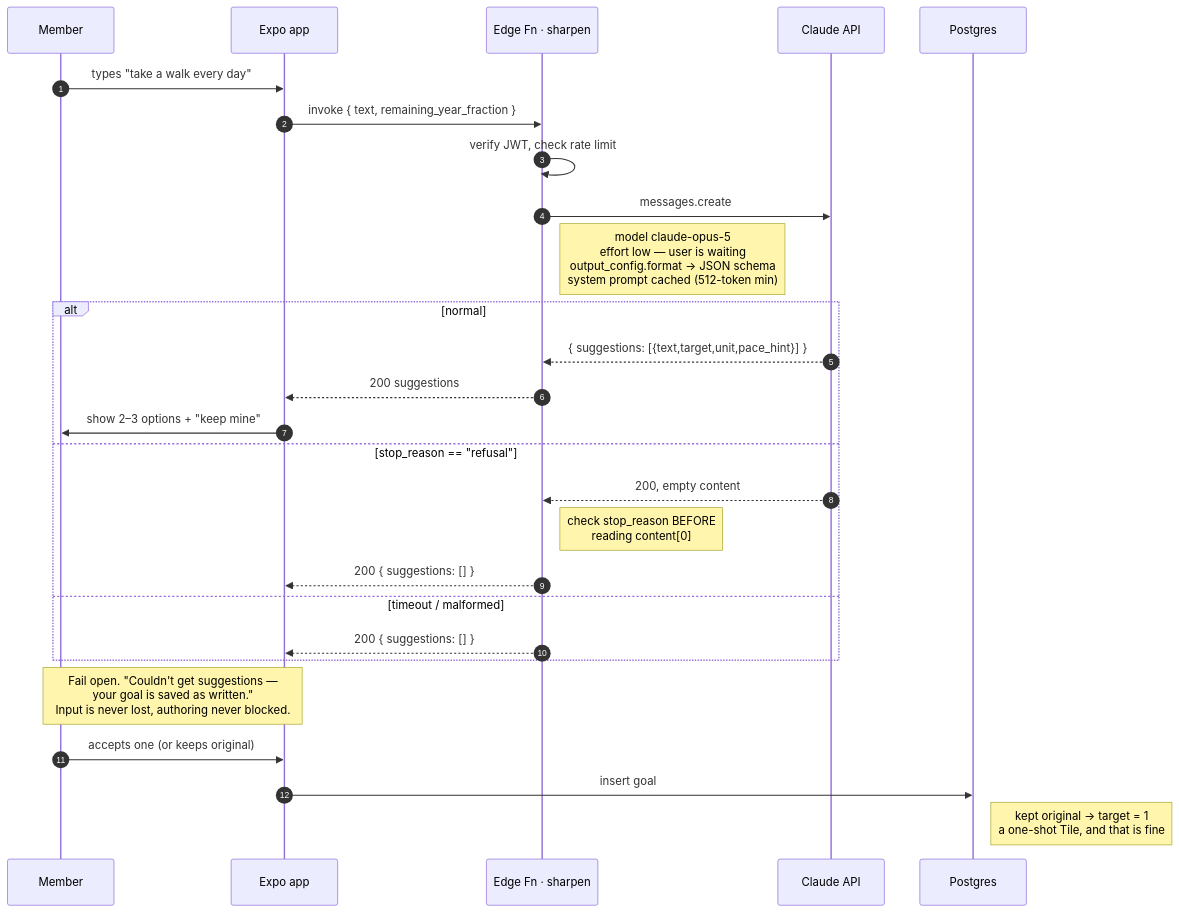
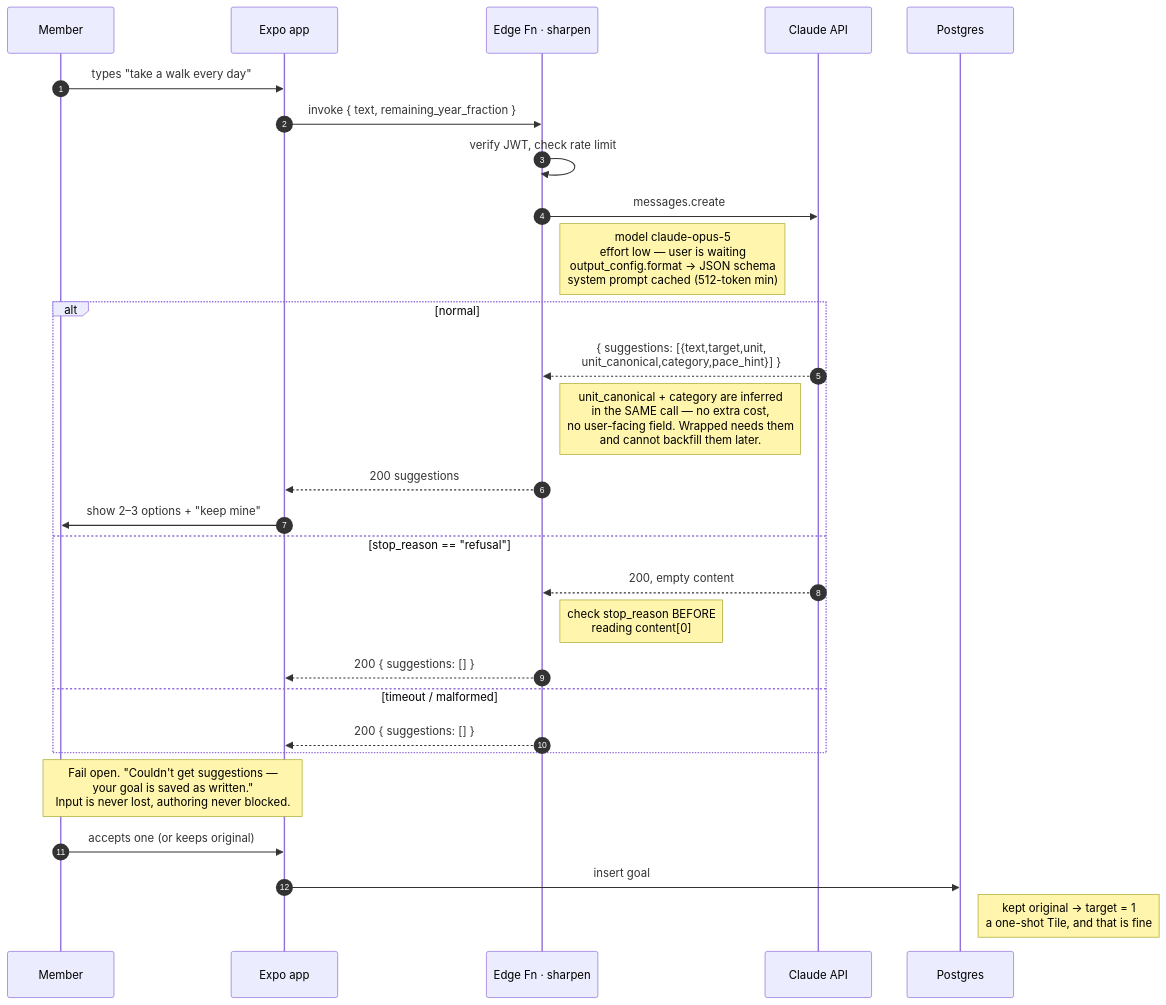
Before and after one commit to DerekHertz/family-bingo: the second of 6 diagrams in docs/api.md, drawn with Mermaid. The commit also changed other lines of this file and 5 other files, not shown here.

````diff
--- a/docs/api.md
+++ b/docs/api.md
@@ -101,34 +102,35 @@
 ```mermaid
 sequenceDiagram
     autonumber
     participant M as Member
     participant App as Expo app
     participant Fn as Edge Fn · sharpen
     participant C as Claude API
     participant DB as Postgres
 
     M->>App: types "take a walk every day"
     App->>Fn: invoke { text, remaining_year_fraction }
     Fn->>Fn: verify JWT, check rate limit
 
     Fn->>C: messages.create
     Note right of Fn: model claude-opus-5<br/>effort low — user is waiting<br/>output_config.format → JSON schema<br/>system prompt cached (512-token min)
 
     alt normal
-        C-->>Fn: { suggestions: [{text,target,unit,pace_hint}] }
+        C-->>Fn: { suggestions: [{text,target,unit,<br/>unit_canonical,category,pace_hint}] }
+        Note right of Fn: unit_canonical + category are inferred<br/>in the SAME call — no extra cost,<br/>no user-facing field. Wrapped needs them<br/>and cannot backfill them later.
         Fn-->>App: 200 suggestions
         App->>M: show 2–3 options + "keep mine"
     else stop_reason == "refusal"
         C-->>Fn: 200, empty content
         Note right of Fn: check stop_reason BEFORE<br/>reading content[0]
         Fn-->>App: 200 { suggestions: [] }
     else timeout / malformed
         Fn-->>App: 200 { suggestions: [] }
     end
 
     Note over App,M: Fail open. "Couldn't get suggestions —<br/>your goal is saved as written."<br/>Input is never lost, authoring never blocked.
 
     M->>App: accepts one (or keeps original)
     App->>DB: insert goal
     Note right of DB: kept original → target = 1<br/>a one-shot Tile, and that is fine
 ```
````
